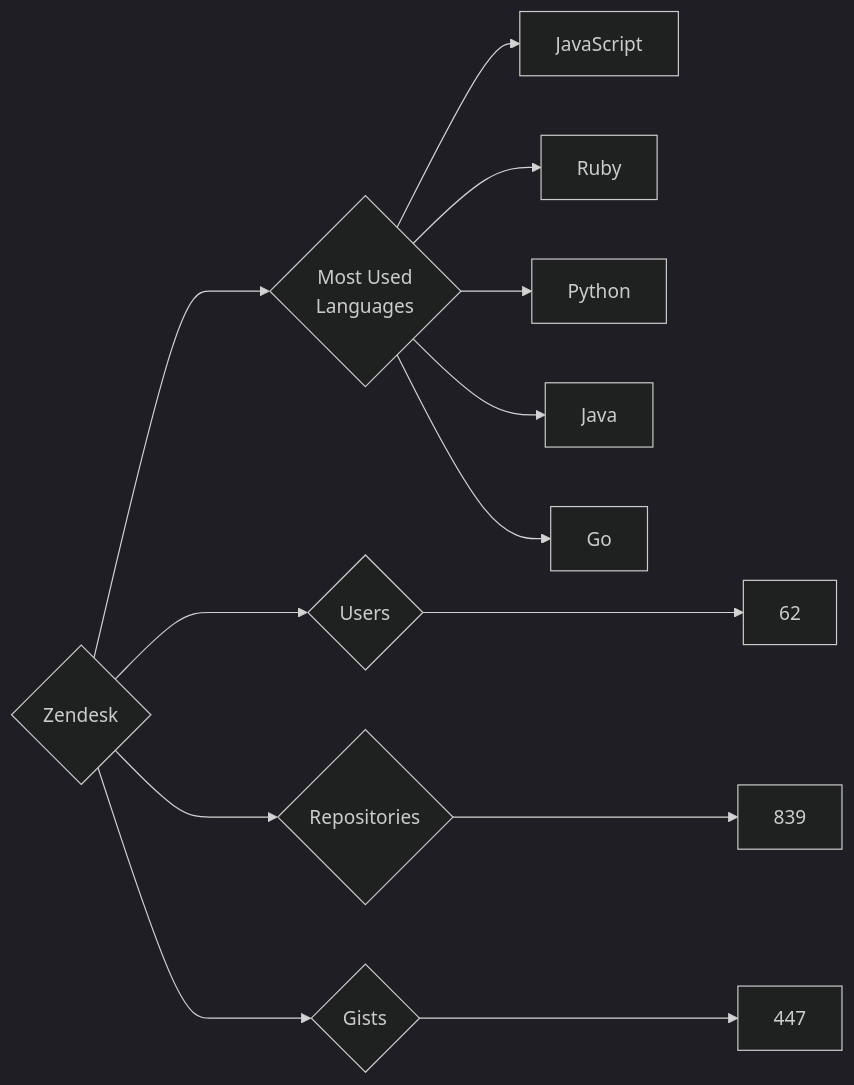
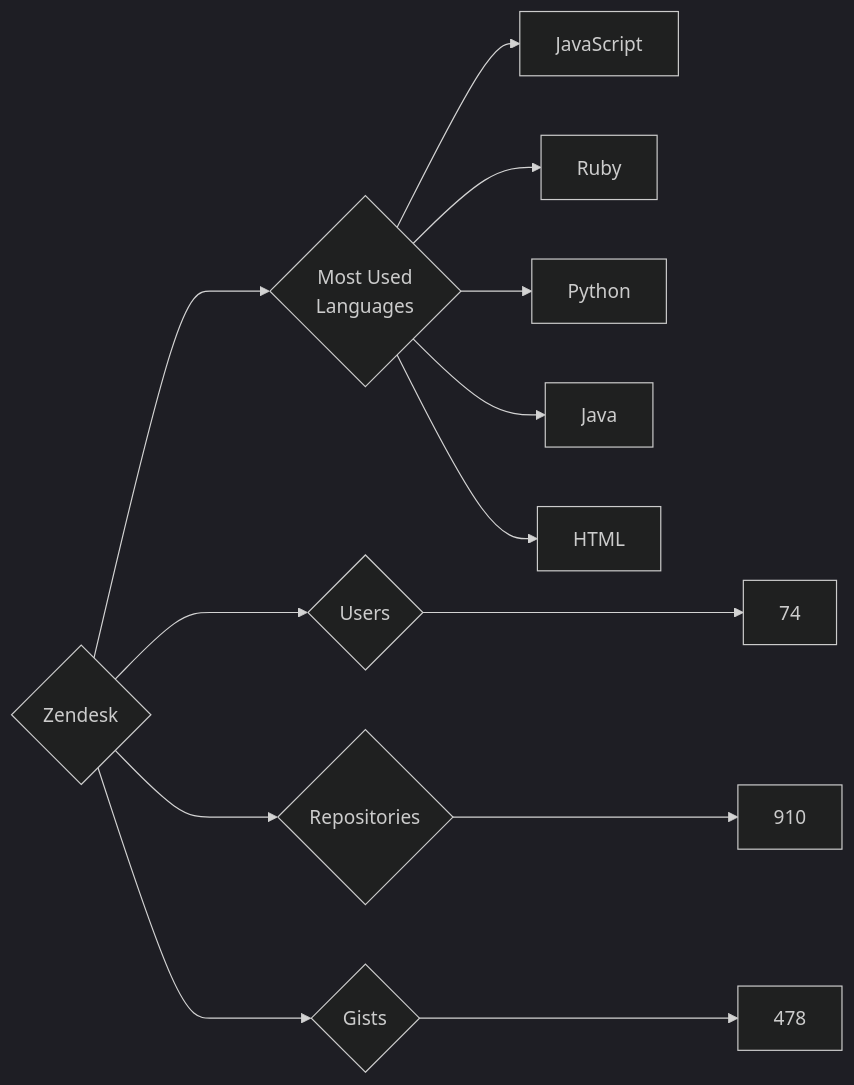
One commit to trickest/insiders changed the diagram in targets/Zendesk/README.md. Above: the diagram before and after it, drawn with Mermaid (dark theme). The commit also changed 829 other files, not shown here.

````diff
--- a/targets/Zendesk/README.md
+++ b/targets/Zendesk/README.md
@@ -3,13 +3,13 @@
 ```mermaid
 graph LR
 COMPANY_NAME{Zendesk}
-COMPANY_NAME ---> U{Users} ---> UN[62]
-COMPANY_NAME ---> R{Repositories} ---> RN[839]
-COMPANY_NAME ---> G{Gists} ---> GN[447]
+COMPANY_NAME ---> U{Users} ---> UN[74]
+COMPANY_NAME ---> R{Repositories} ---> RN[910]
+COMPANY_NAME ---> G{Gists} ---> GN[478]
 COMPANY_NAME ---> ML{Most Used<br>Languages}
 ML --> JavaScript[JavaScript]
 ML --> Ruby[Ruby]
 ML --> Python[Python]
 ML --> Java[Java]
-ML --> Go[Go]
+ML --> HTML[HTML]
 ```
````
